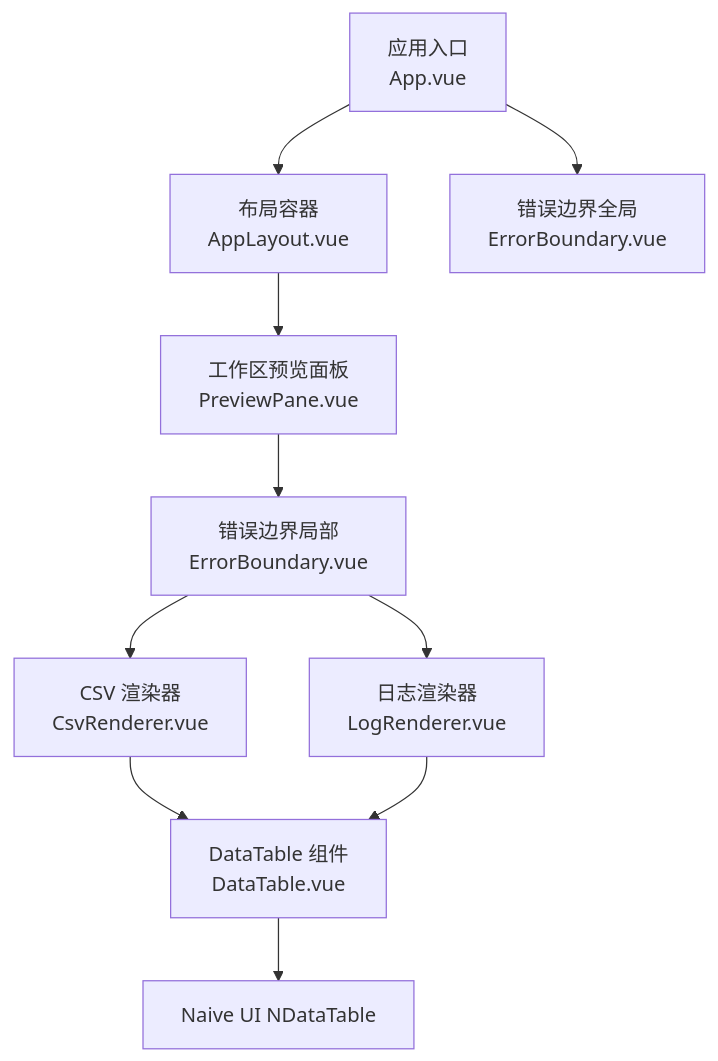
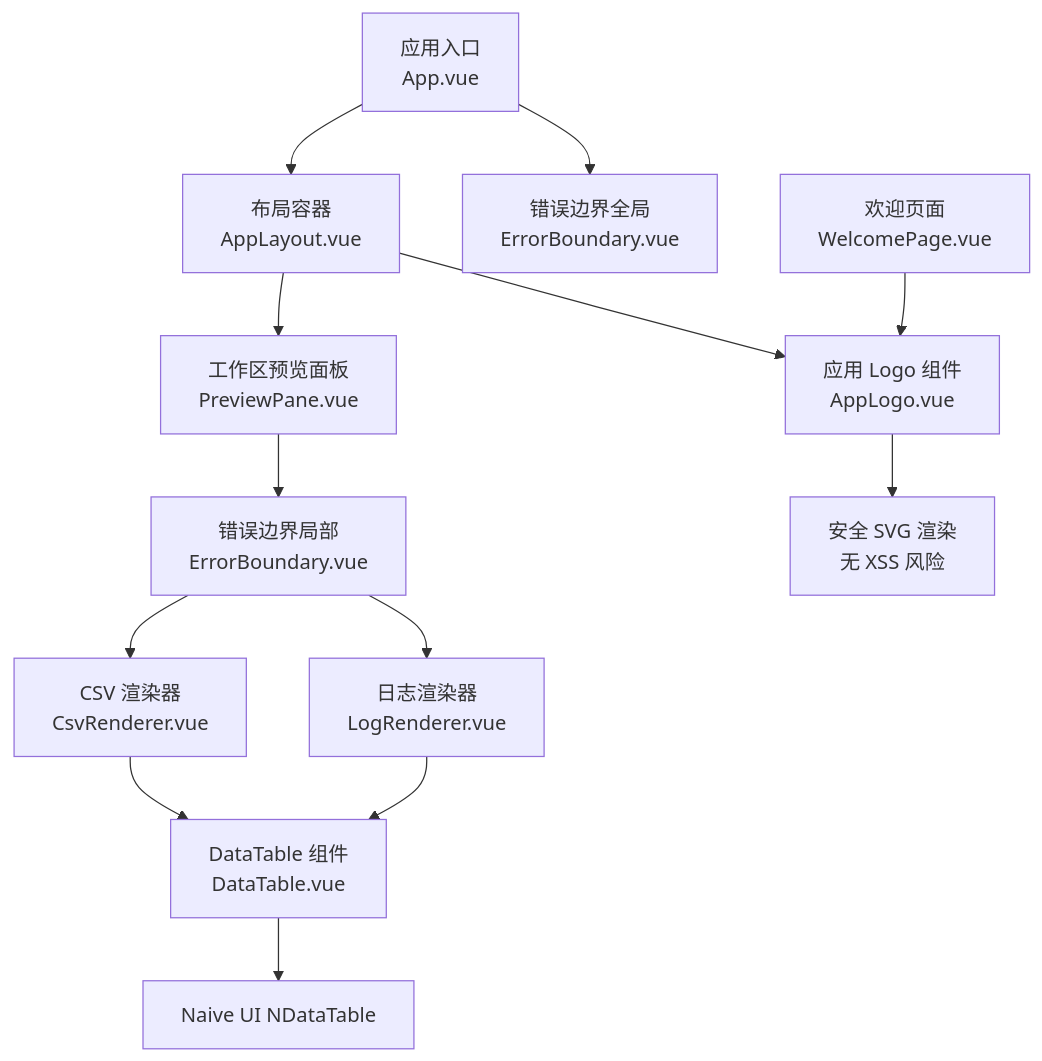
The first of 7 diagrams in .qoder/repowiki/zh/content/架构设计/组件层次结构/共享组件.md (taoweidong/Hello-Tauri), drawn with Mermaid before and after one commit. The commit also changed other lines of this file and 32 other files, not shown here.

````diff
--- a/.qoder/repowiki/zh/content/架构设计/组件层次结构/共享组件.md
+++ b/.qoder/repowiki/zh/content/架构设计/组件层次结构/共享组件.md
@@ -43,12 +46,15 @@
 ```mermaid
 graph TB
 A["应用入口<br/>App.vue"] --> B["布局容器<br/>AppLayout.vue"]
 A --> C["错误边界全局<br/>ErrorBoundary.vue"]
 B --> D["工作区预览面板<br/>PreviewPane.vue"]
 D --> E["错误边界局部<br/>ErrorBoundary.vue"]
 E --> F["CSV 渲染器<br/>CsvRenderer.vue"]
 E --> G["日志渲染器<br/>LogRenderer.vue"]
 F --> H["DataTable 组件<br/>DataTable.vue"]
 G --> H
-H --> I["Naive UI NDataTable"]
+B --> I["应用 Logo 组件<br/>AppLogo.vue"]
+J["欢迎页面<br/>WelcomePage.vue"] --> I
+I --> K["安全 SVG 渲染<br/>无 XSS 风险"]
+H --> L["Naive UI NDataTable"]
 ```
````
